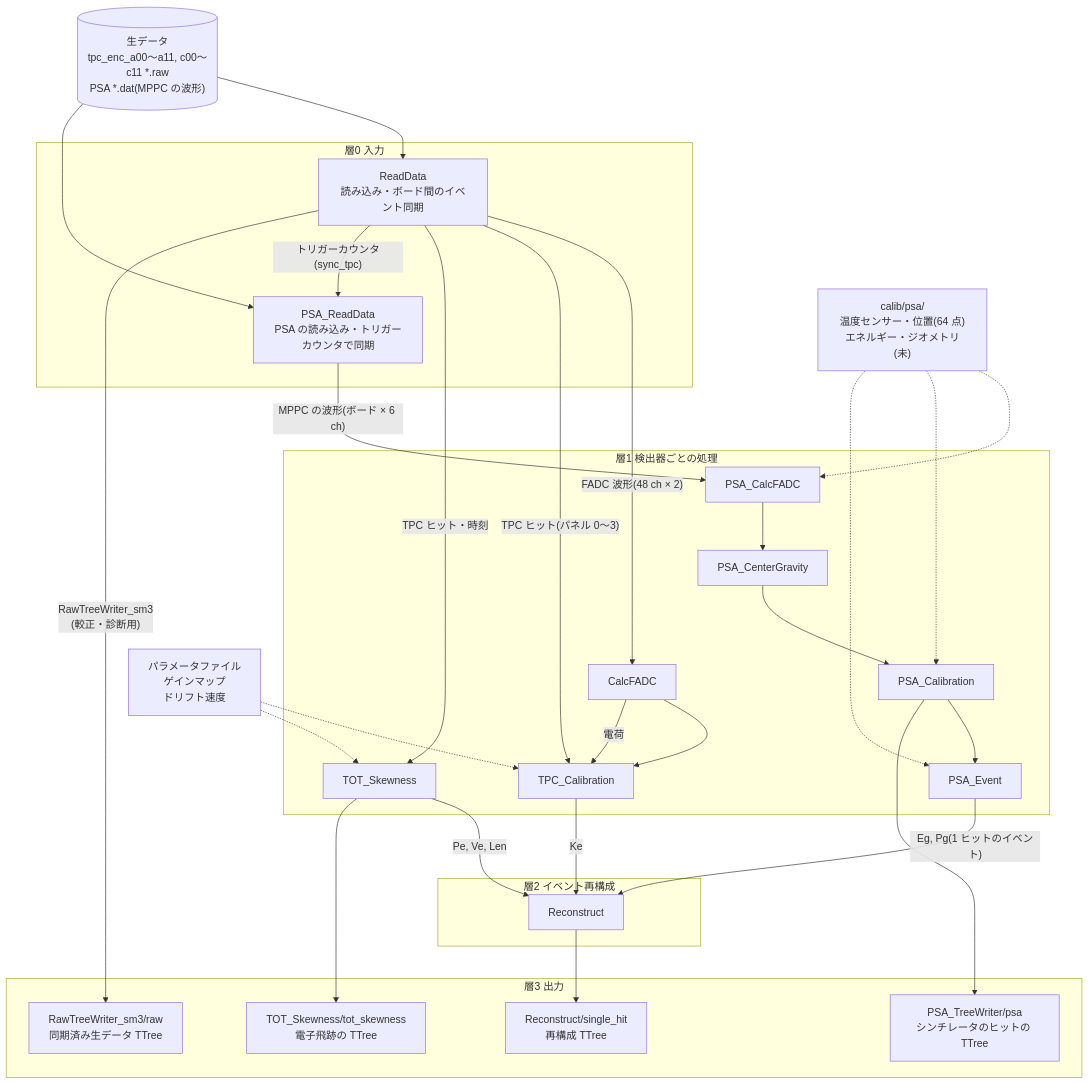
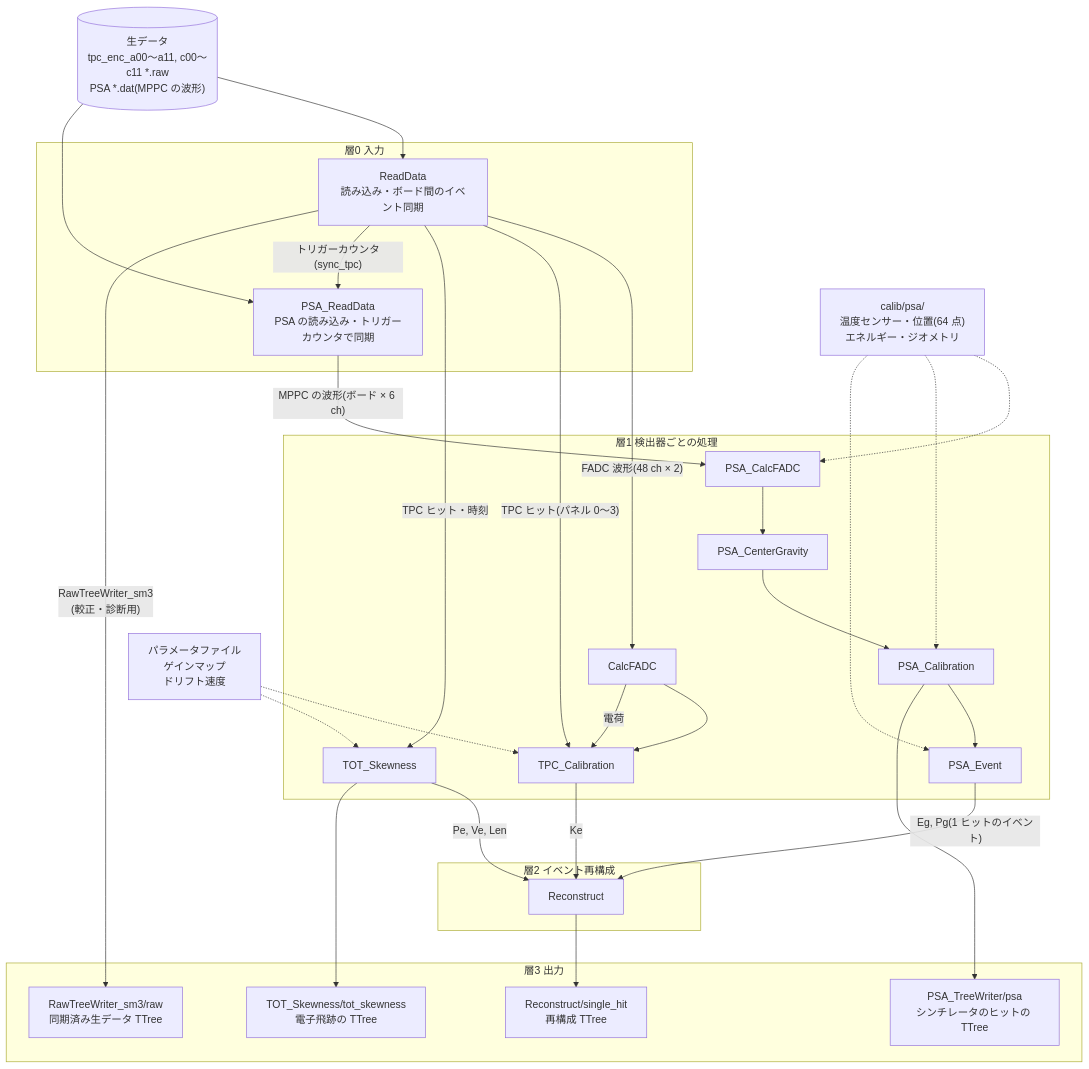
Before and after one commit to SMILE-tool-box/EricaNext: the second of 2 diagrams in README.md, drawn with Mermaid. The commit also changed other lines of this file and 6 other files, not shown here.

````diff
--- a/README.md
+++ b/README.md
@@ -86,46 +86,46 @@
 ```mermaid
 flowchart TD
   RAW[("生データ<br>tpc_enc_a00〜a11, c00〜c11 *.raw<br>PSA *.dat(MPPC の波形)")]
   subgraph L0["層0 入力"]
     RD["ReadData<br>読み込み・ボード間のイベント同期"]
     PRD["PSA_ReadData<br>PSA の読み込み・トリガーカウンタで同期"]
   end
   subgraph L1["層1 検出器ごとの処理"]
     CF[CalcFADC] --> TC[TPC_Calibration]
     TOT[TOT_Skewness]
     PCF[PSA_CalcFADC] --> PCG[PSA_CenterGravity] --> PCAL[PSA_Calibration] --> PEV[PSA_Event]
   end
   subgraph L2["層2 イベント再構成"]
     REC[Reconstruct]
   end
   subgraph L3["層3 出力"]
     OUT["Reconstruct/single_hit<br>再構成 TTree"]
     TOTT["TOT_Skewness/tot_skewness<br>電子飛跡の TTree"]
     RAWT["RawTreeWriter_sm3/raw<br>同期済み生データ TTree"]
     PSAT["PSA_TreeWriter/psa<br>シンチレータのヒットの TTree"]
   end
   PRM["パラメータファイル<br>ゲインマップ<br>ドリフト速度"]
-  PPRM["calib/psa/<br>温度センサー・位置(64 点)<br>エネルギー・ジオメトリ(未)"]
+  PPRM["calib/psa/<br>温度センサー・位置(64 点)<br>エネルギー・ジオメトリ"]
 
   RAW --> RD
   RAW --> PRD
   PRM -.-> TC
   PRM -.-> TOT
   PPRM -.-> PCF
   PPRM -.-> PCAL
   PPRM -.-> PEV
   RD -- "FADC 波形(48 ch × 2)" --> CF
   RD -- "TPC ヒット(パネル 0〜3)" --> TC
   RD -- "TPC ヒット・時刻" --> TOT
   RD -- "トリガーカウンタ(sync_tpc)" --> PRD
   PRD -- "MPPC の波形(ボード × 6 ch)" --> PCF
   CF -- "電荷" --> TC
   TC -- "Ke" --> REC
   PEV -- "Eg, Pg(1 ヒットのイベント)" --> REC
   PCAL --> PSAT
   TOT -- "Pe, Ve, Len" --> REC
   REC --> OUT
   TOT --> TOTT
   RD -- "RawTreeWriter_sm3<br>(較正・診断用)" --> RAWT
 
 ```
````
